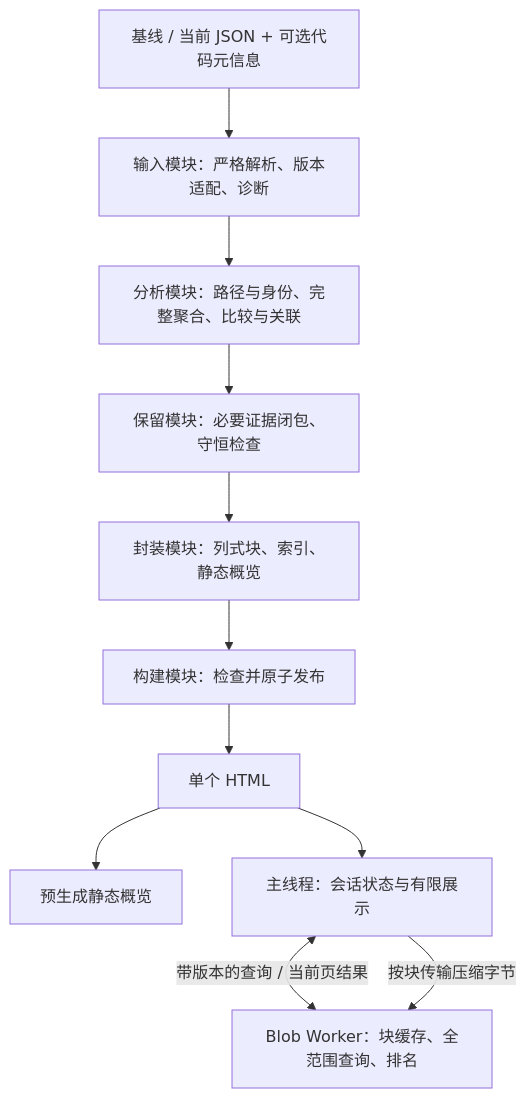
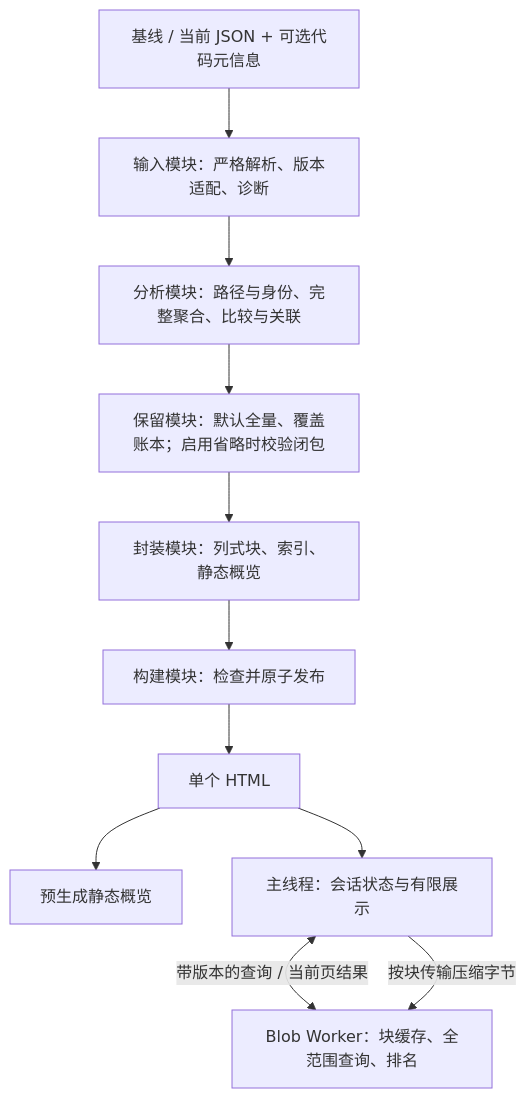
Before and after one commit to Kunkgg/code_metrics_compare: the diagram in docs/ARCHITECTURE.md, drawn with Mermaid. The commit also changed other lines of this file, not shown here.

Commit message:
docs: 根据统一原型验证结果更新 ARCHITECTURE

````diff
--- a/docs/ARCHITECTURE.md
+++ b/docs/ARCHITECTURE.md
@@ -41,13 +46,13 @@
 ```mermaid
 flowchart TB
     Inputs["基线 / 当前 JSON + 可选代码元信息"] --> Ingest["输入模块：严格解析、版本适配、诊断"]
     Ingest --> Analysis["分析模块：路径与身份、完整聚合、比较与关联"]
-    Analysis --> Retain["保留模块：必要证据闭包、守恒检查"]
+    Analysis --> Retain["保留模块：默认全量、覆盖账本；启用省略时校验闭包"]
     Retain --> Package["封装模块：列式块、索引、静态概览"]
     Package --> Publish["构建模块：检查并原子发布"]
     Publish --> HTML["单个 HTML"]
     HTML --> Static["预生成静态概览"]
     HTML --> Main["主线程：会话状态与有限展示"]
     Main <-->|"带版本的查询 / 当前页结果"| Worker["Blob Worker：块缓存、全范围查询、排名"]
     Main -->|"按块传输压缩字节"| Worker
 ```
````
